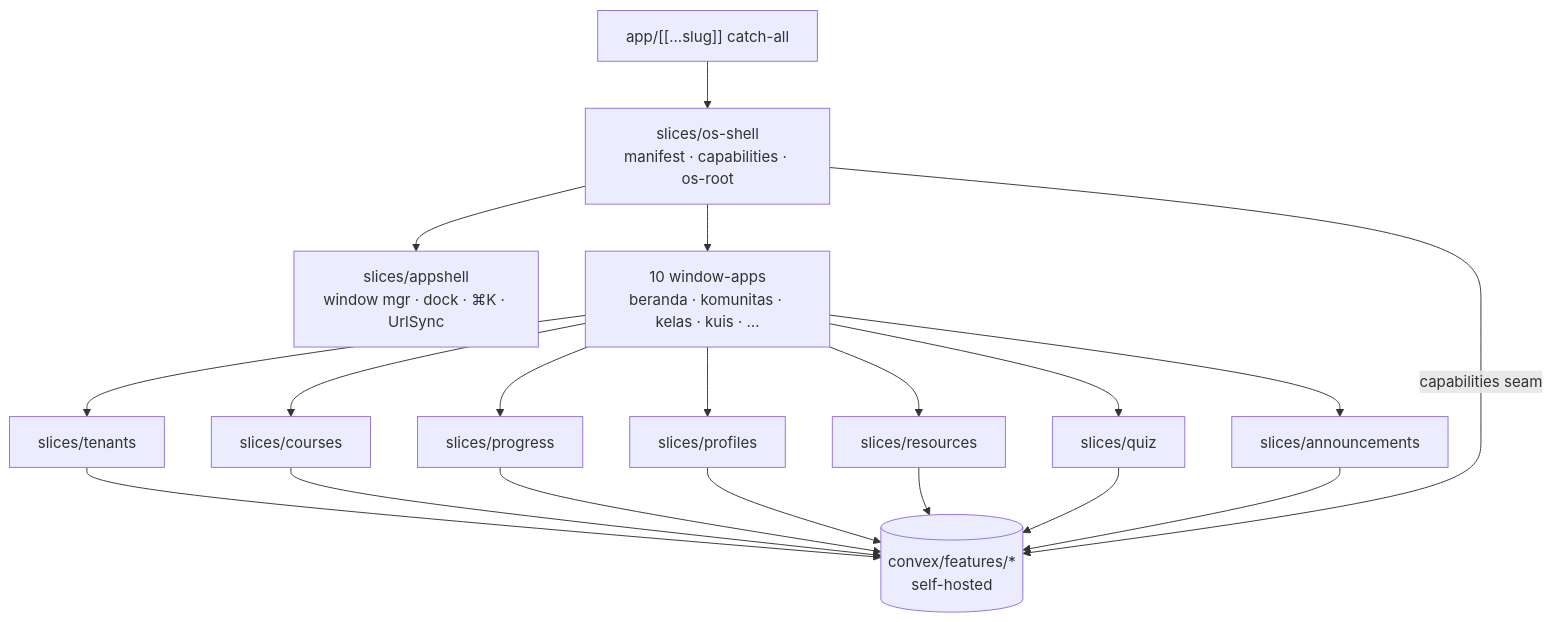
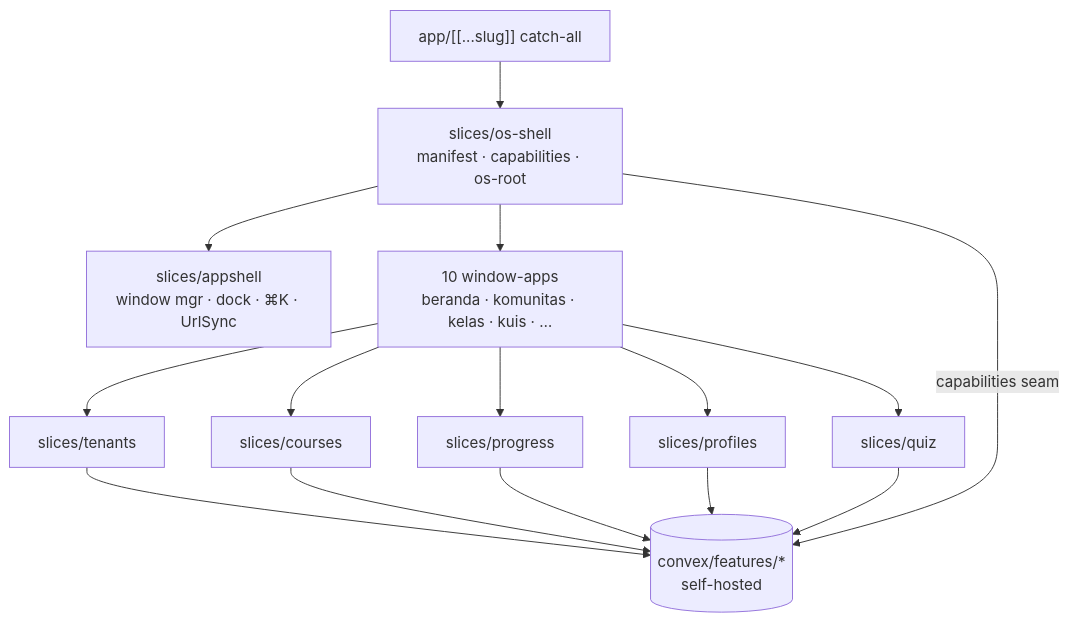
One commit to rahmanef63/study-with-rahmanef-com changed the diagram in docs/SLICES.md. Above: the diagram before and after it, drawn with Mermaid. The commit also changed other lines of this file and 128 other files, not shown here.

````diff
--- a/docs/SLICES.md
+++ b/docs/SLICES.md
@@ -49,21 +56,17 @@
 ```mermaid
 flowchart TD
   CA["app/[[...slug]] catch-all"] --> OSS["slices/os-shell<br/>manifest · capabilities · os-root"]
   OSS --> AS["slices/appshell<br/>window mgr · dock · ⌘K · UrlSync"]
   OSS --> APPS["10 window-apps<br/>beranda · komunitas · kelas · kuis · …"]
   APPS --> DTEN["slices/tenants"]
   APPS --> DCRS["slices/courses"]
   APPS --> DPRG["slices/progress"]
   APPS --> DPRO["slices/profiles"]
-  APPS --> DRES["slices/resources"]
   APPS --> DQZ["slices/quiz"]
-  APPS --> DANN["slices/announcements"]
   DTEN --> CVX[("convex/features/*<br/>self-hosted")]
   DCRS --> CVX
   DPRG --> CVX
   DPRO --> CVX
-  DRES --> CVX
   DQZ --> CVX
-  DANN --> CVX
   OSS -->|capabilities seam| CVX
 ```
````
